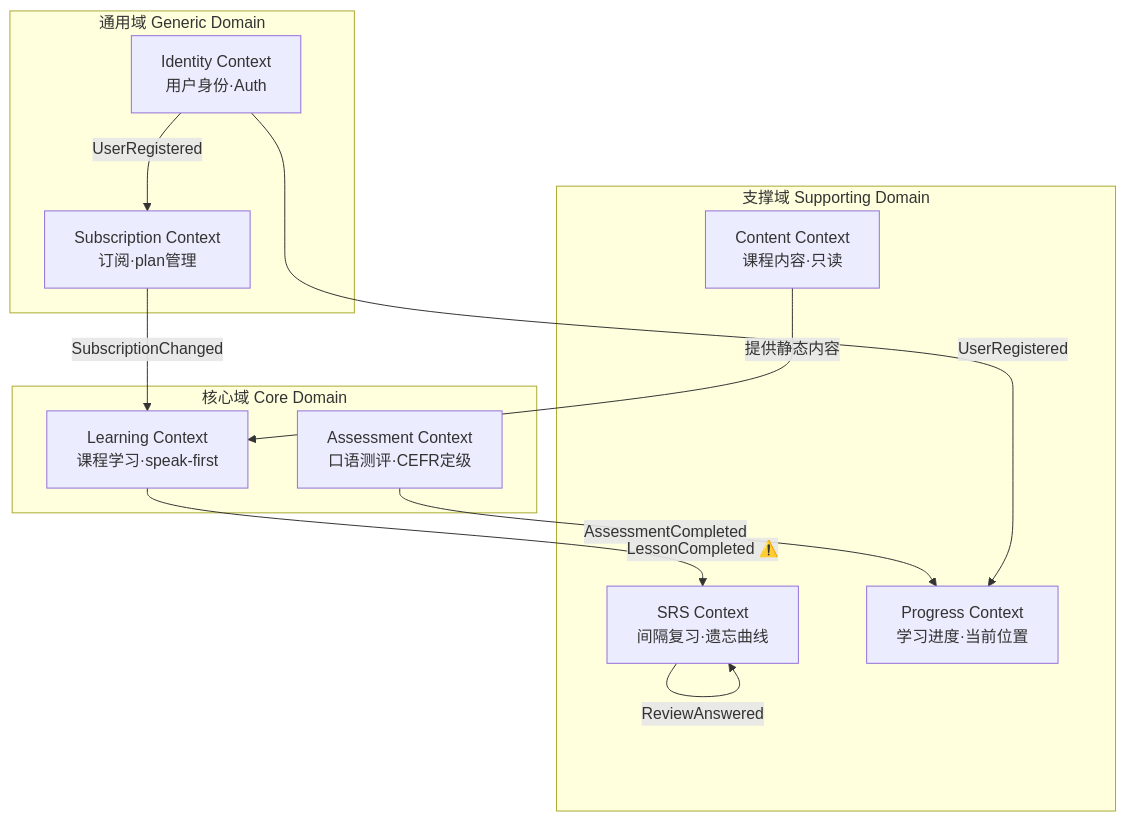
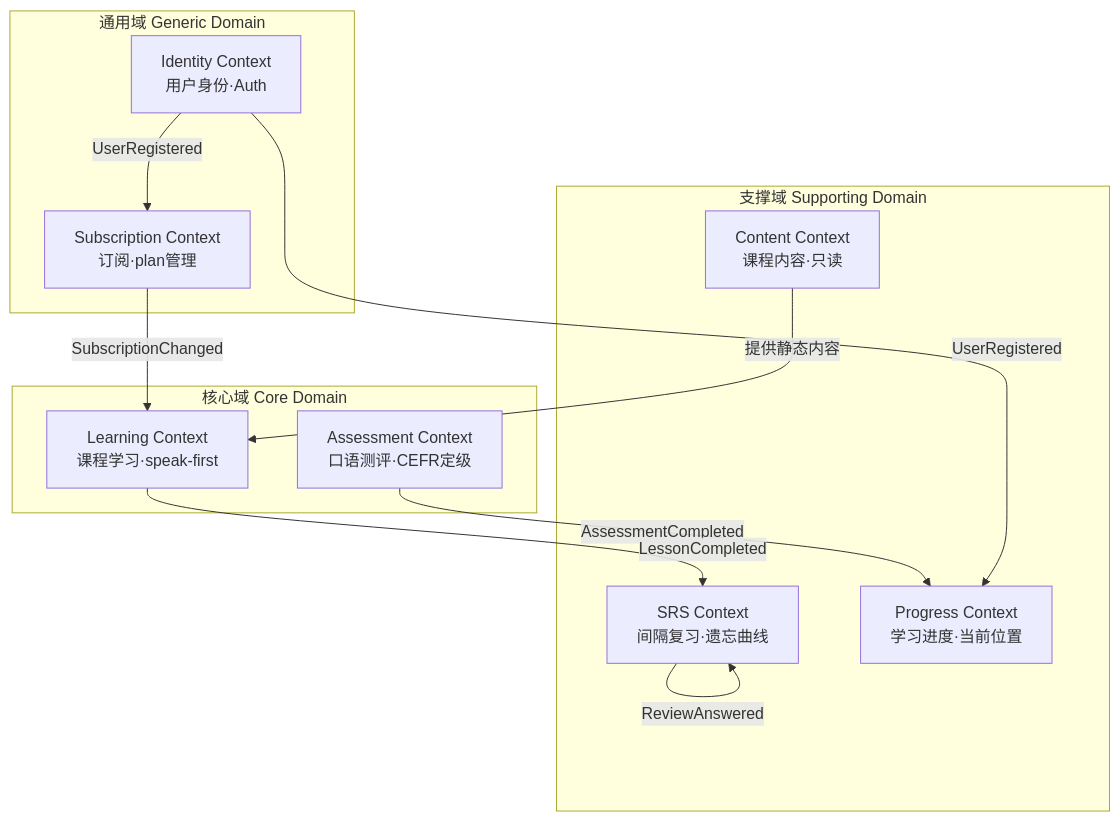
One commit to opc-x/talkflow changed the fifth of 7 diagrams in README.md. Above: the diagram before and after it, drawn with Mermaid. The commit also changed other lines of this file and 1 other file, not shown here.

````diff
--- a/README.md
+++ b/README.md
@@ -156,26 +157,26 @@
 ```mermaid
 graph TB
     subgraph CORE["核心域 Core Domain"]
         LC["Learning Context\n课程学习·speak-first"]
         AC["Assessment Context\n口语测评·CEFR定级"]
     end
 
     subgraph SUPPORT["支撑域 Supporting Domain"]
         SR["SRS Context\n间隔复习·遗忘曲线"]
         CC["Content Context\n课程内容·只读"]
         PC["Progress Context\n学习进度·当前位置"]
     end
 
     subgraph GENERIC["通用域 Generic Domain"]
         SUB["Subscription Context\n订阅·plan管理"]
         ID["Identity Context\n用户身份·Auth"]
     end
 
     AC -->|AssessmentCompleted| PC
-    LC -->|LessonCompleted ⚠️| SR
+    LC -->|LessonCompleted| SR
     SR -->|ReviewAnswered| SR
     ID -->|UserRegistered| PC
     ID -->|UserRegistered| SUB
     SUB -->|SubscriptionChanged| LC
     CC -->|提供静态内容| LC
 ```
````
